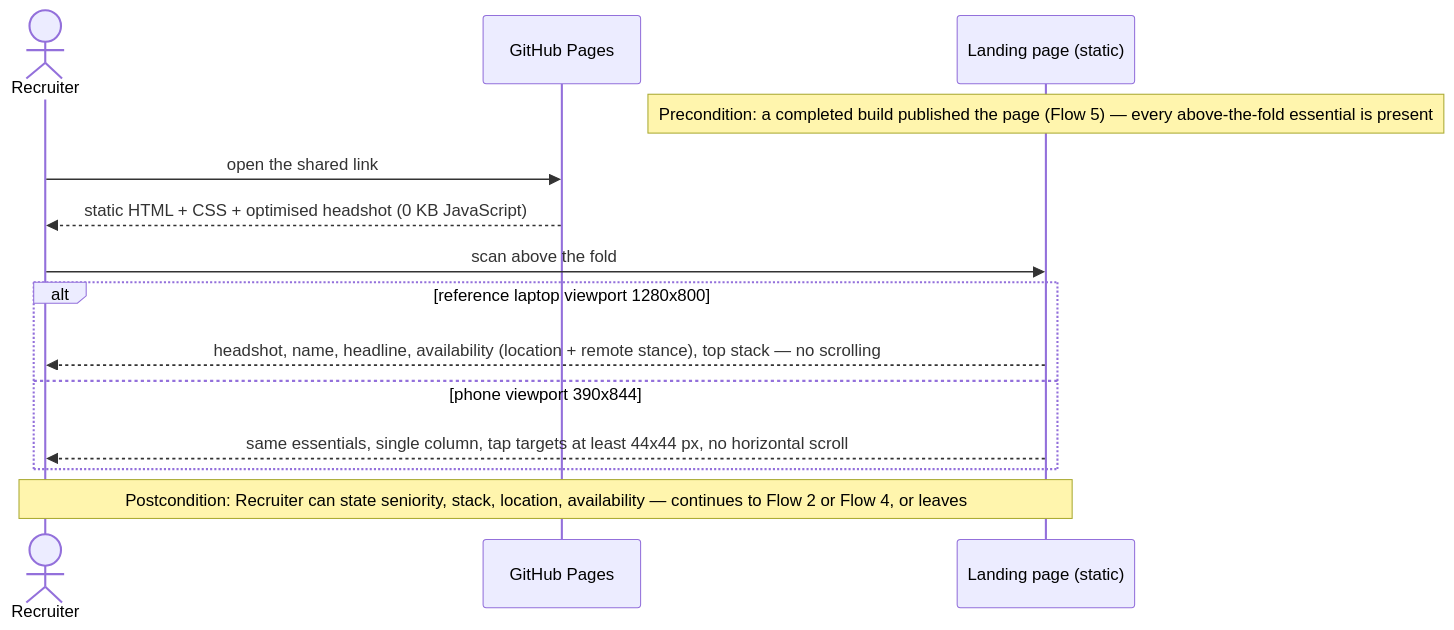
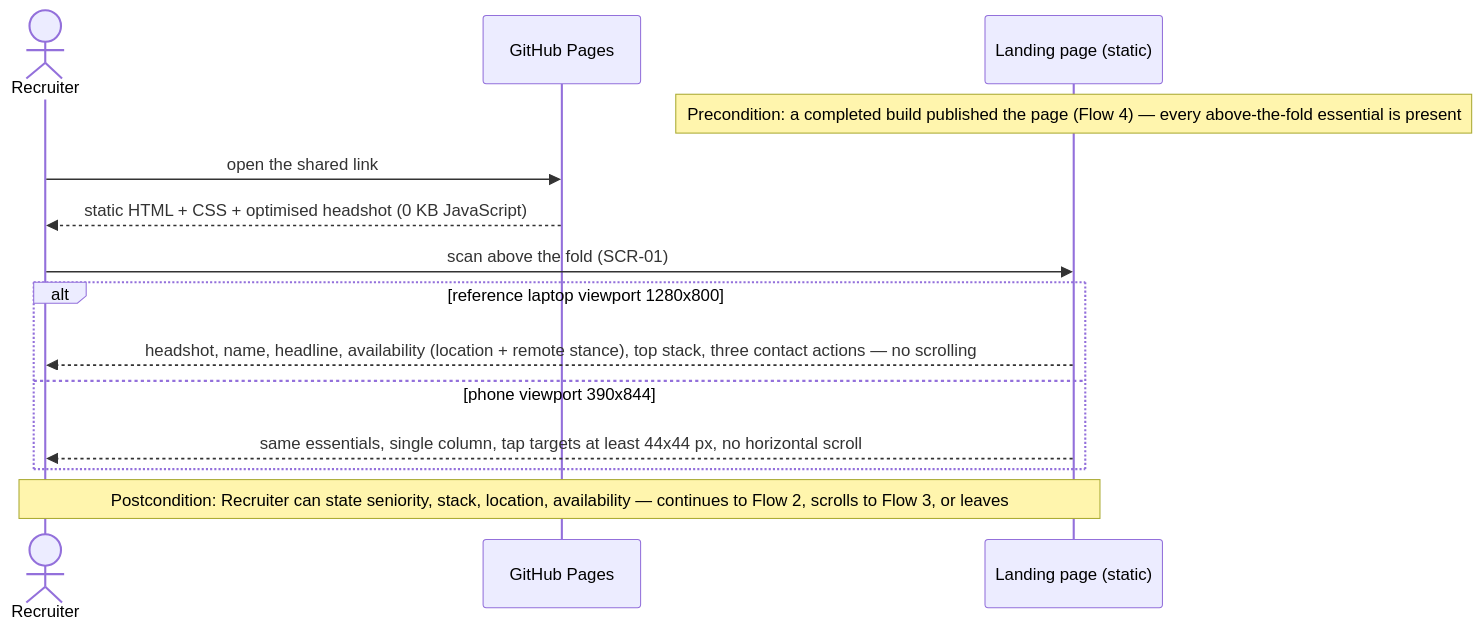
Before and after one commit to financeasist/personal-page: the third of 6 diagrams in docs/features/personal-landing/sad.md, drawn with Mermaid. The commit also changed other lines of this file, not shown here.

First line of the commit message:
sequences: personal-landing — re-sync §6 to phone-out / About-in scope

````diff
--- a/docs/features/personal-landing/sad.md
+++ b/docs/features/personal-landing/sad.md
@@ -173,16 +178,16 @@
 ```mermaid
 sequenceDiagram
     actor Recruiter
     participant Pages as GitHub Pages
     participant Page as Landing page (static)
-    Note over Page: Precondition: a completed build published the page (Flow 5) — every above-the-fold essential is present
+    Note over Page: Precondition: a completed build published the page (Flow 4) — every above-the-fold essential is present
     Recruiter->>Pages: open the shared link
     Pages-->>Recruiter: static HTML + CSS + optimised headshot (0 KB JavaScript)
-    Recruiter->>Page: scan above the fold
+    Recruiter->>Page: scan above the fold (SCR-01)
     alt reference laptop viewport 1280x800
-        Page-->>Recruiter: headshot, name, headline, availability (location + remote stance), top stack — no scrolling
+        Page-->>Recruiter: headshot, name, headline, availability (location + remote stance), top stack, three contact actions — no scrolling
     else phone viewport 390x844
         Page-->>Recruiter: same essentials, single column, tap targets at least 44x44 px, no horizontal scroll
     end
-    Note over Recruiter,Page: Postcondition: Recruiter can state seniority, stack, location, availability — continues to Flow 2 or Flow 4, or leaves
+    Note over Recruiter,Page: Postcondition: Recruiter can state seniority, stack, location, availability — continues to Flow 2, scrolls to Flow 3, or leaves
 ```
````
